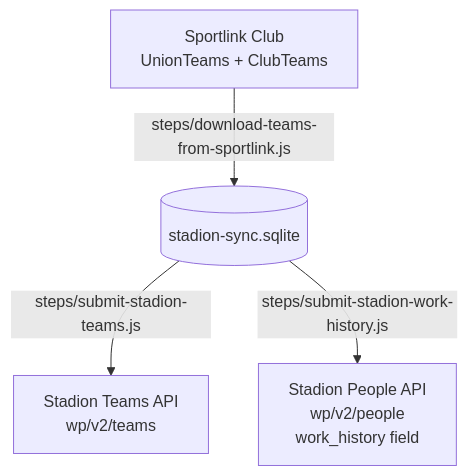
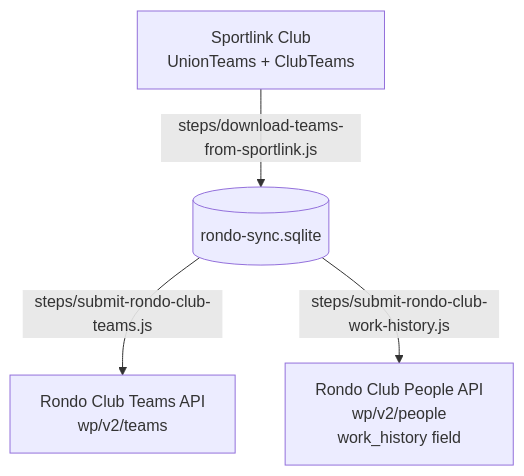
Before and after one commit to jdevalk/sportlink-sync: the fourth of 8 diagrams in docs/sync-architecture.md, drawn with Mermaid. The commit also changed other lines of this file and 14 other files, not shown here.

First line of the commit message:
docs(04-02): update high-visibility docs from Sportlink Sync to Rondo Sync

````diff
--- a/docs/sync-architecture.md
+++ b/docs/sync-architecture.md
@@ -306,11 +306,11 @@
 ```mermaid
 graph TD
     SL[Sportlink Club<br>UnionTeams + ClubTeams]
-    DB[(stadion-sync.sqlite)]
-    ST_T[Stadion Teams API<br>wp/v2/teams]
-    ST_P[Stadion People API<br>wp/v2/people<br>work_history field]
+    DB[(rondo-sync.sqlite)]
+    ST_T[Rondo Club Teams API<br>wp/v2/teams]
+    ST_P[Rondo Club People API<br>wp/v2/people<br>work_history field]
 
     SL -->|steps/download-teams-from-sportlink.js| DB
-    DB -->|steps/submit-stadion-teams.js| ST_T
-    DB -->|steps/submit-stadion-work-history.js| ST_P
+    DB -->|steps/submit-rondo-club-teams.js| ST_T
+    DB -->|steps/submit-rondo-club-work-history.js| ST_P
 ```
````
